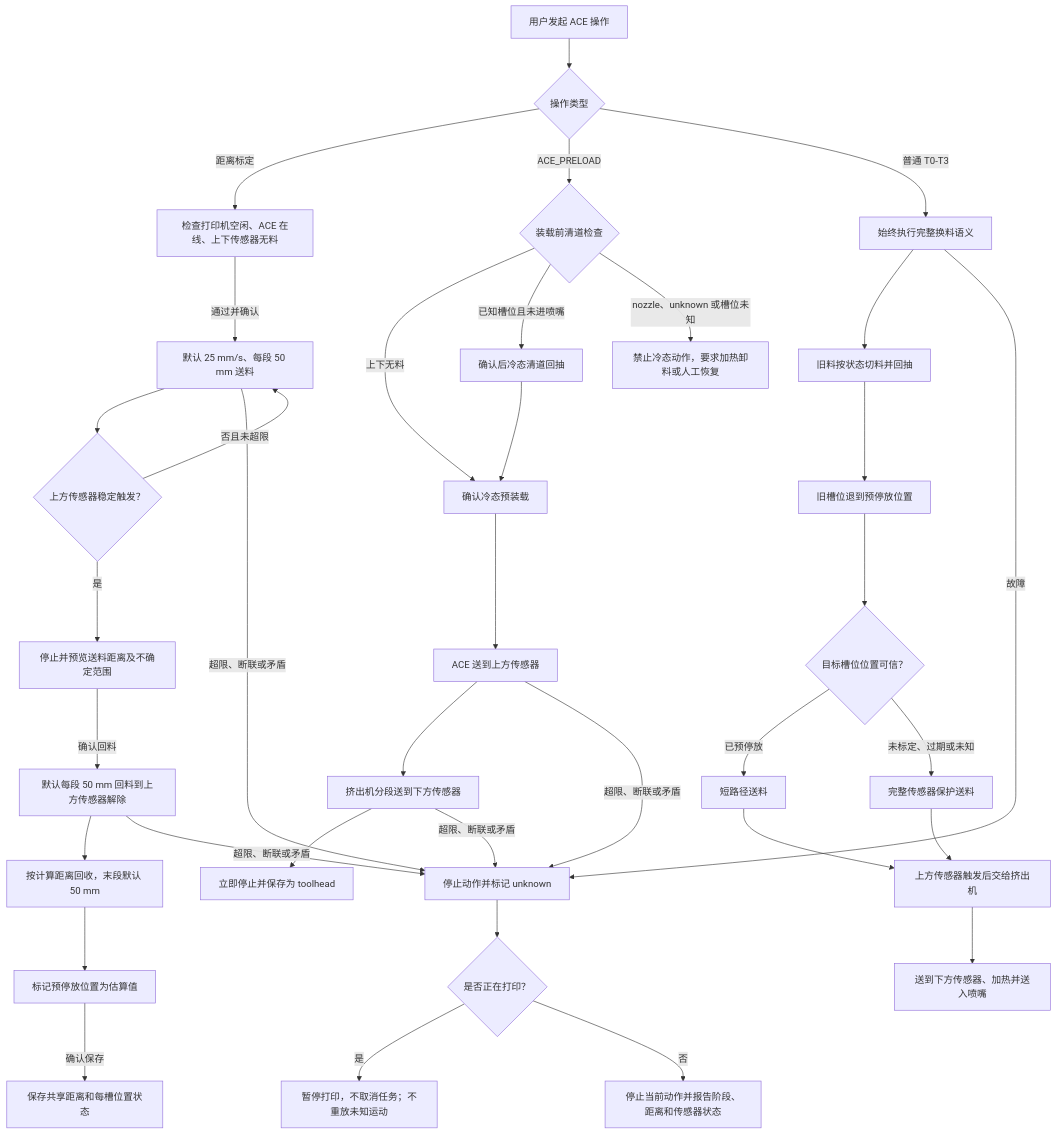
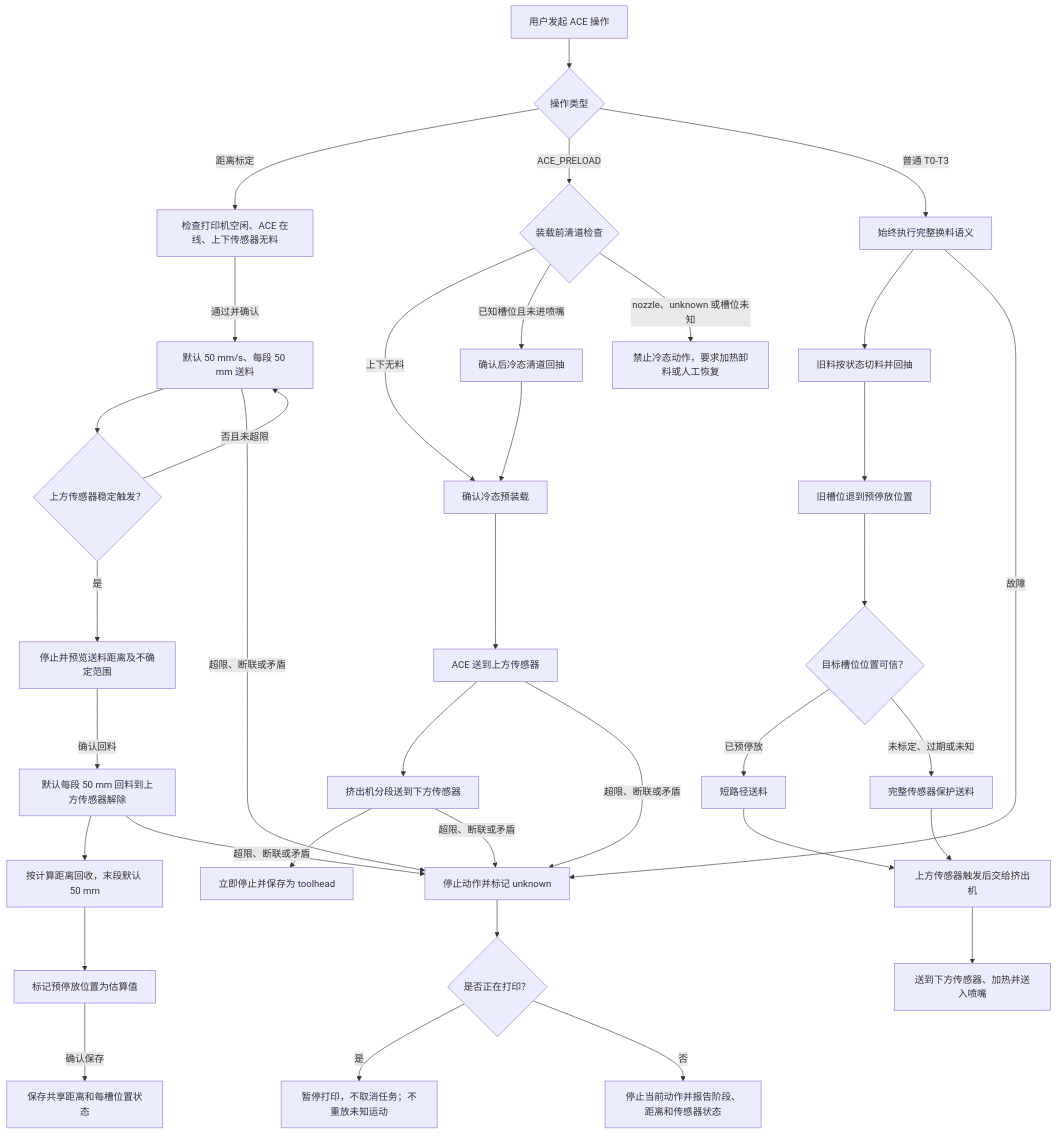
One commit to Luomo520/ace-pro-control-center changed the diagram in docs/superpowers/specs/2026-07-27-ace-distance-calibration-five-way-parking-design.md. Above: the diagram before and after it, drawn with Mermaid. The commit also changed other lines of this file and 82 other files, not shown here.

````diff
--- a/docs/superpowers/specs/2026-07-27-ace-distance-calibration-five-way-parking-design.md
+++ b/docs/superpowers/specs/2026-07-27-ace-distance-calibration-five-way-parking-design.md
@@ -253,42 +253,42 @@
 ```mermaid
 flowchart TD
     A["用户发起 ACE 操作"] --> B{"操作类型"}
 
     B -->|"距离标定"| C["检查打印机空闲、ACE 在线、上下传感器无料"]
-    C -->|"通过并确认"| D["默认 25 mm/s、每段 50 mm 送料"]
+    C -->|"通过并确认"| D["默认 50 mm/s、每段 50 mm 送料"]
     D --> E{"上方传感器稳定触发？"}
     E -->|"否且未超限"| D
     E -->|"是"| F["停止并预览送料距离及不确定范围"]
     F -->|"确认回料"| G["默认每段 50 mm 回料到上方传感器解除"]
     G --> H["按计算距离回收，末段默认 50 mm"]
     H --> I["标记预停放位置为估算值"]
     I -->|"确认保存"| J["保存共享距离和每槽位置状态"]
 
     B -->|"ACE_PRELOAD"| K{"装载前清道检查"}
     K -->|"上下无料"| L["确认冷态预装载"]
     K -->|"已知槽位且未进喷嘴"| M["确认后冷态清道回抽"]
     K -->|"nozzle、unknown 或槽位未知"| N["禁止冷态动作，要求加热卸料或人工恢复"]
     M --> L
     L --> O["ACE 送到上方传感器"]
     O --> P["挤出机分段送到下方传感器"]
     P --> Q["立即停止并保存为 toolhead"]
 
     B -->|"普通 T0-T3"| R["始终执行完整换料语义"]
     R --> S["旧料按状态切料并回抽"]
     S --> T["旧槽位退到预停放位置"]
     T --> U{"目标槽位位置可信？"}
     U -->|"已预停放"| V["短路径送料"]
     U -->|"未标定、过期或未知"| W["完整传感器保护送料"]
     V --> X["上方传感器触发后交给挤出机"]
     W --> X
     X --> Y["送到下方传感器、加热并送入喷嘴"]
 
     D -->|"超限、断联或矛盾"| ERR["停止动作并标记 unknown"]
     G -->|"超限、断联或矛盾"| ERR
     O -->|"超限、断联或矛盾"| ERR
     P -->|"超限、断联或矛盾"| ERR
     R -->|"故障"| ERR
     ERR --> Z{"是否正在打印？"}
     Z -->|"是"| PAUSE["暂停打印，不取消任务；不重放未知运动"]
     Z -->|"否"| REPORT["停止当前动作并报告阶段、距离和传感器状态"]
 ```
````
